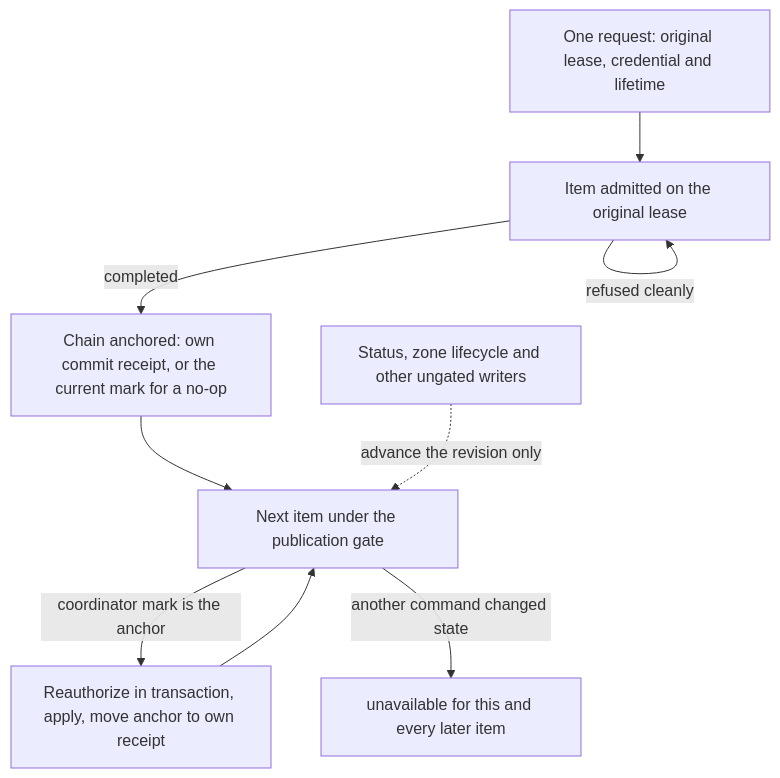
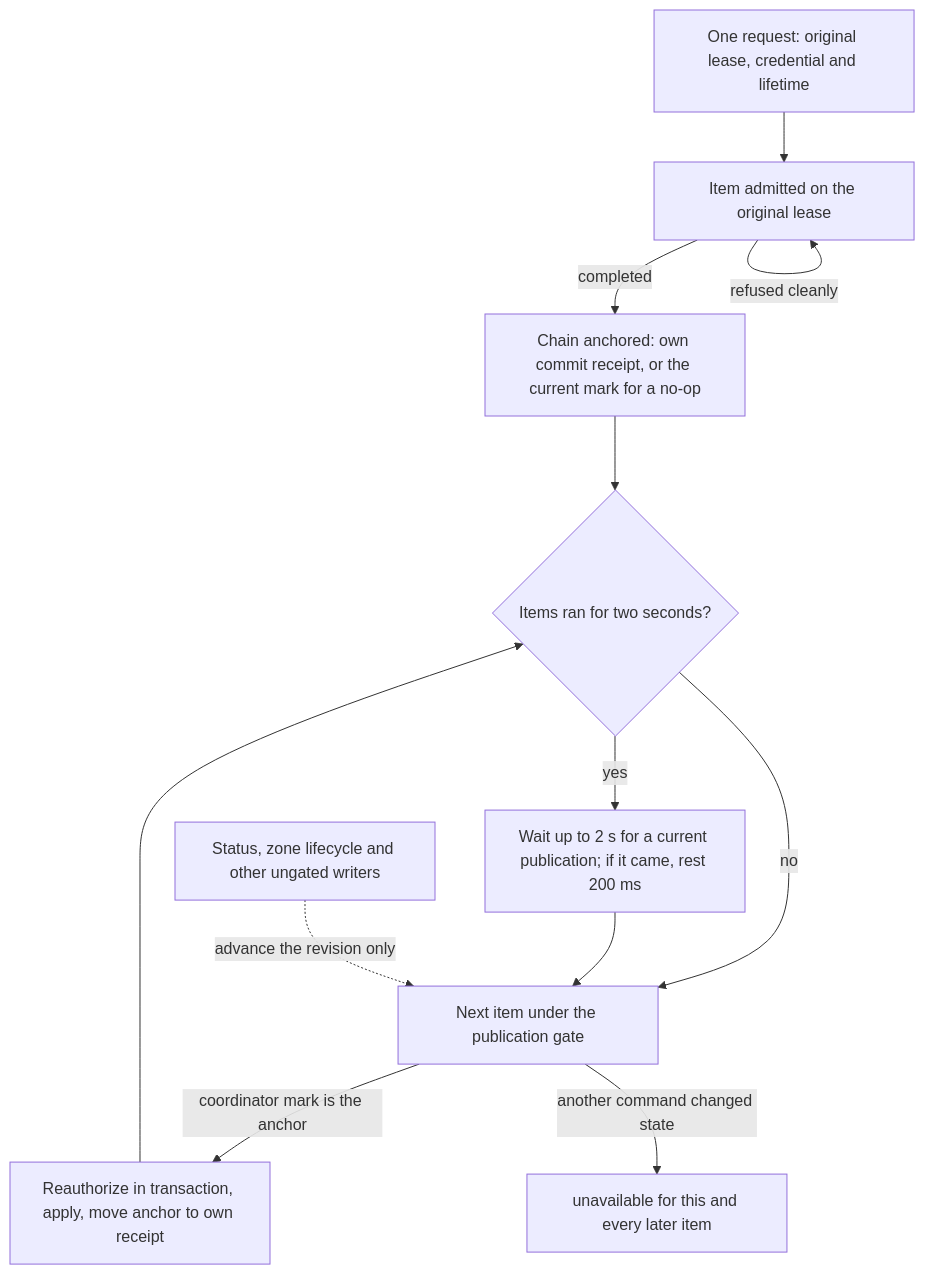
Diagram 21 of 29 in docs/architecture/configuration-and-store.md (robertherbaugh/kudurru), drawn with Mermaid before and after one commit. The commit also changed other lines of this file and 3 other files, not shown here.

````diff
--- a/docs/architecture/configuration-and-store.md
+++ b/docs/architecture/configuration-and-store.md
@@ -1760,11 +1776,14 @@
 ```mermaid
 flowchart TD
     Request["One request: original lease, credential and lifetime"] --> First["Item admitted on the original lease"]
     First -->|refused cleanly| First
     First -->|completed| Anchor["Chain anchored: own commit receipt, or the current mark for a no-op"]
-    Anchor --> Next["Next item under the publication gate"]
+    Anchor --> Pace{"Items ran for two seconds?"}
+    Pace -->|no| Next["Next item under the publication gate"]
+    Pace -->|yes| Wait["Wait up to 2 s for a current publication; if it came, rest 200 ms"]
+    Wait --> Next
     Next -->|coordinator mark is the anchor| Run["Reauthorize in transaction, apply, move anchor to own receipt"]
-    Run --> Next
+    Run --> Pace
     Next -->|another command changed state| Stop["unavailable for this and every later item"]
     Follow["Status, zone lifecycle and other ungated writers"] -.->|advance the revision only| Next
 ```
````
